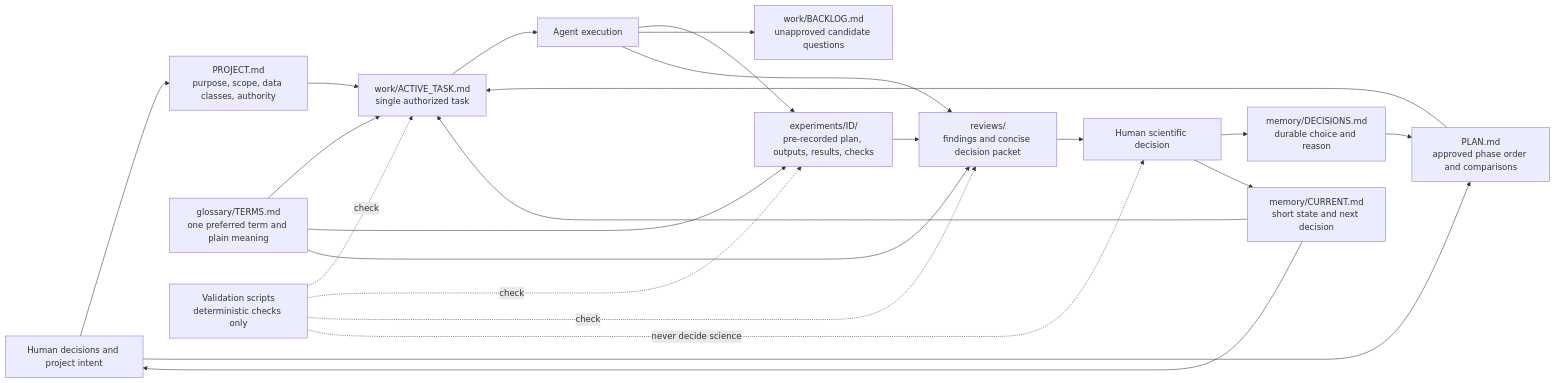
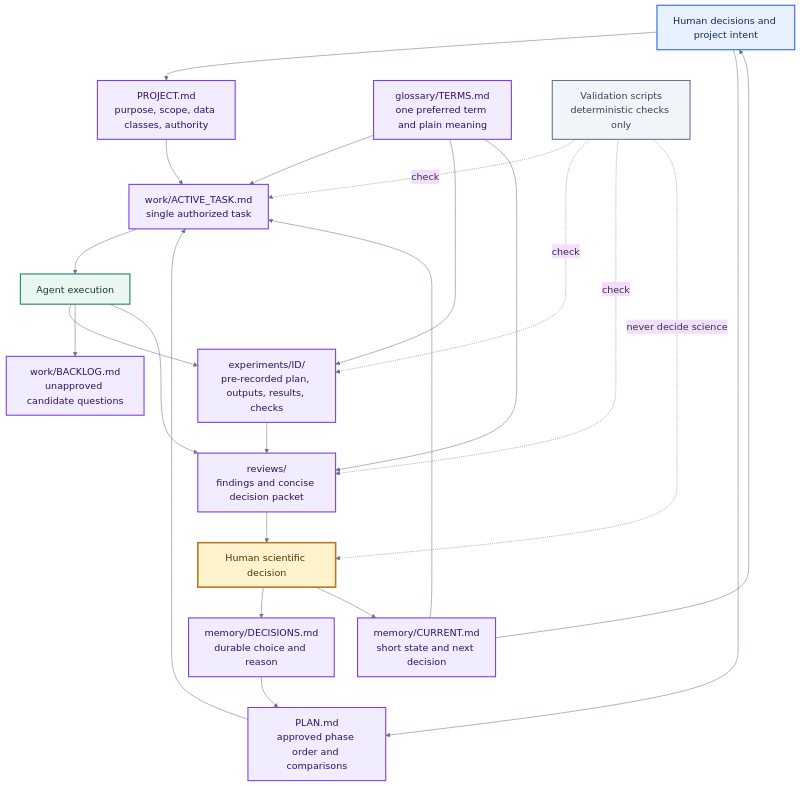
The seventh of 8 diagrams in workflow/PROCESS_MAP.md (Jhziiiig/research-agent-template), drawn with Mermaid before and after one commit. The commit also changed other lines of this file and 2 other files, not shown here.

Commit message:
Improve workflow diagram readability

````diff
--- a/workflow/PROCESS_MAP.md
+++ b/workflow/PROCESS_MAP.md
@@ -133,29 +206,42 @@
 ```mermaid
-flowchart LR
+%%{init: {"theme":"base","themeVariables":{"fontFamily":"Arial, sans-serif","fontSize":"18px","lineColor":"#64748B"},"flowchart":{"curve":"basis","nodeSpacing":44,"rankSpacing":58,"htmlLabels":true}}}%%
+flowchart TB
     Human[Human decisions and project intent] --> Project[PROJECT.md<br/>purpose, scope, data classes, authority]
     Human --> Plan[PLAN.md<br/>approved phase order and comparisons]
     Project --> Active[work/ACTIVE_TASK.md<br/>single authorized task]
     Plan --> Active
     Current[memory/CURRENT.md<br/>short state and next decision] --> Active
 
     Active --> Agent[Agent execution]
     Agent --> Experiment[experiments/ID/<br/>pre-recorded plan, outputs, results, checks]
     Agent --> Backlog[work/BACKLOG.md<br/>unapproved candidate questions]
     Agent --> Review[reviews/<br/>findings and concise decision packet]
 
     Experiment --> Review
     Review --> HumanGate[Human scientific decision]
     HumanGate --> Decisions[memory/DECISIONS.md<br/>durable choice and reason]
     HumanGate --> Current
     Decisions --> Plan
     Current --> Human
 
     Terms[glossary/TERMS.md<br/>one preferred term and plain meaning] --> Active
     Terms --> Experiment
     Terms --> Review
 
     Scripts[Validation scripts<br/>deterministic checks only] -. check .-> Active
     Scripts -. check .-> Experiment
     Scripts -. check .-> Review
     Scripts -. never decide science .-> HumanGate
+
+    classDef human fill:#E8F1FF,stroke:#2563EB,color:#0F2B5B,stroke-width:2px;
+    classDef gate fill:#FFF3CD,stroke:#B7791F,color:#4A3300,stroke-width:3px;
+    classDef agent fill:#EAF7F0,stroke:#16825D,color:#123C2E,stroke-width:2px;
+    classDef file fill:#F2ECFF,stroke:#7C3AED,color:#2E1065,stroke-width:2px;
+    classDef check fill:#F1F5F9,stroke:#64748B,color:#334155,stroke-width:2px;
+
+    class Human human;
+    class HumanGate gate;
+    class Agent agent;
+    class Project,Plan,Active,Current,Experiment,Backlog,Review,Decisions,Terms file;
+    class Scripts check;
 ```
````
